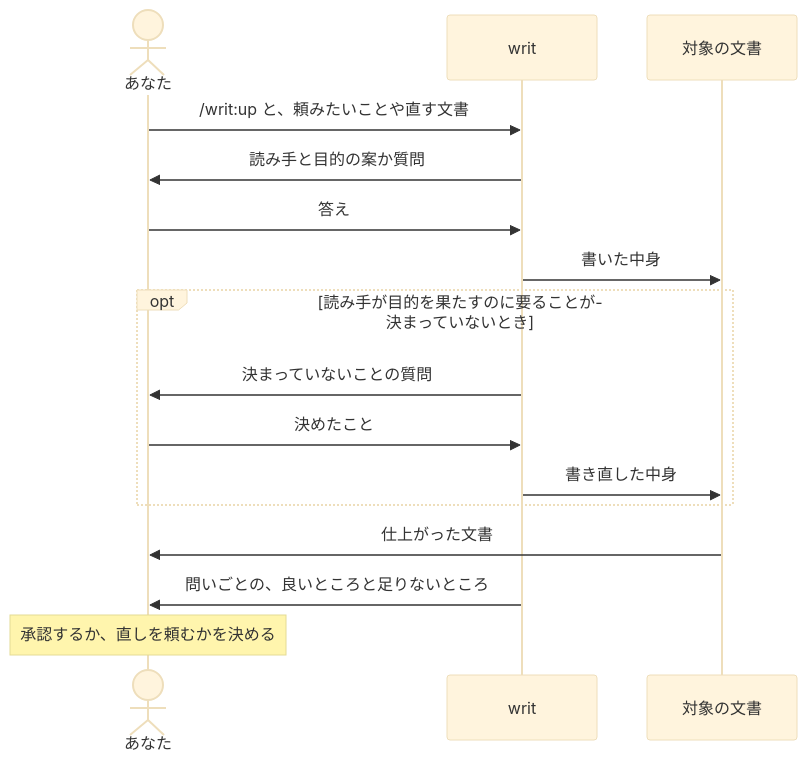
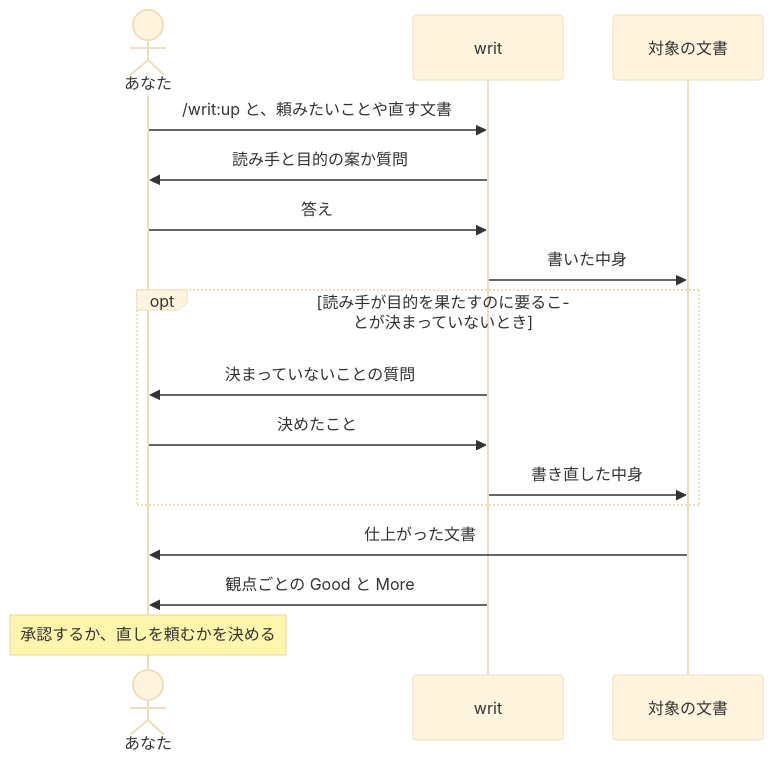
One commit to lovaizu/ccpm changed the diagram in writ/README.md. Above: the diagram before and after it, drawn with Mermaid (base theme). The commit also changed other lines of this file and 1 other file, not shown here.

````diff
--- a/writ/README.md
+++ b/writ/README.md
@@ -12,18 +12,18 @@
 ```mermaid
 sequenceDiagram
   actor Y as あなた
   participant W as writ
   participant F as 対象の文書
   Y->>W: /writ:up と、頼みたいことや直す文書
   W->>Y: 読み手と目的の案か質問
   Y->>W: 答え
   W->>F: 書いた中身
   opt 読み手が目的を果たすのに要ることが決まっていないとき
     W->>Y: 決まっていないことの質問
     Y->>W: 決めたこと
     W->>F: 書き直した中身
   end
   F->>Y: 仕上がった文書
-  W->>Y: 問いごとの、良いところと足りないところ
+  W->>Y: 観点ごとの Good と More
   Note over Y: 承認するか、直しを頼むかを決める
 ```
````
